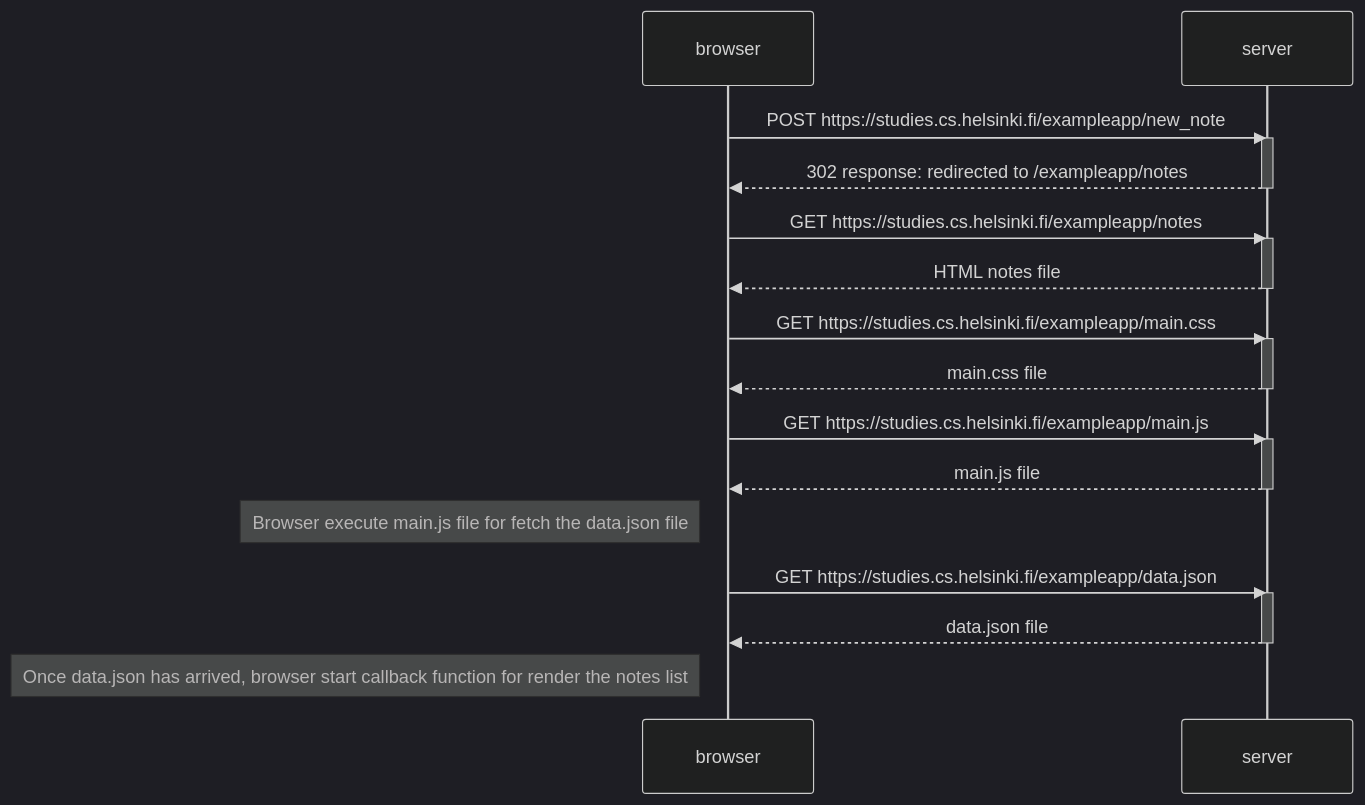
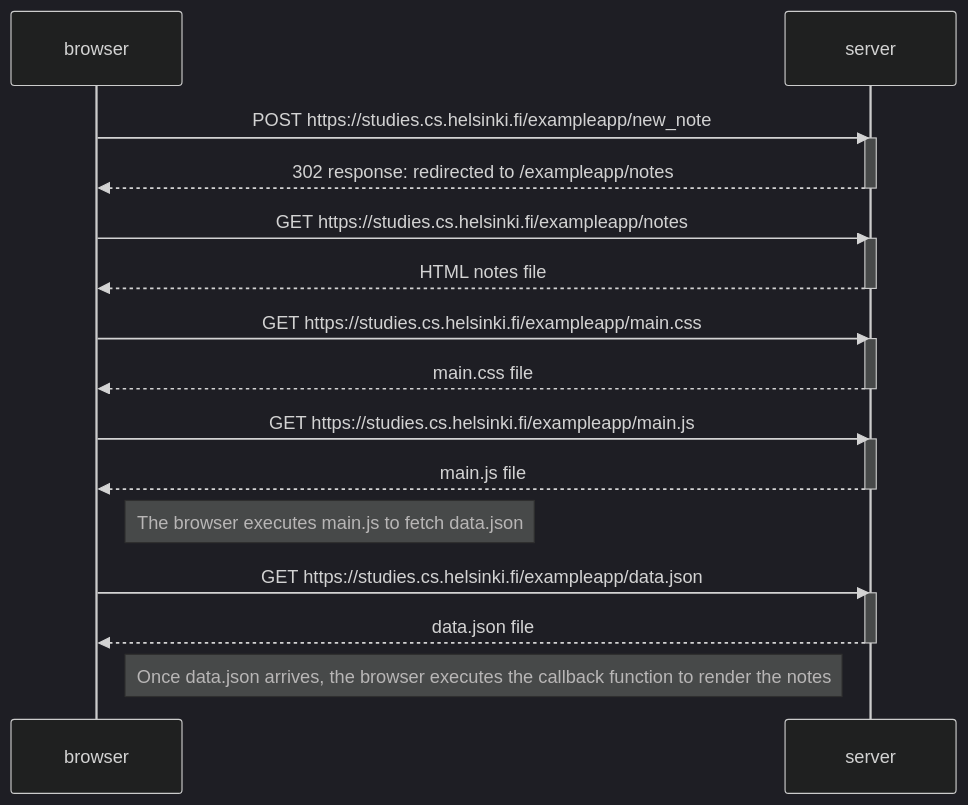
The diagram in Part0/0.4: New note diagram.md (ImVeenz/FullStackOpen---Parts), drawn with Mermaid (dark theme) before and after one commit.

````diff
--- a/Part0/0.4: New note diagram.md
+++ b/Part0/0.4: New note diagram.md
@@ -1,36 +1,36 @@
 ```mermaid
     sequenceDiagram
     participant browser
     participant server
 
     browser->>server: POST https://studies.cs.helsinki.fi/exampleapp/new_note
 
     activate server
     server-->>browser: 302 response: redirected to /exampleapp/notes
     deactivate server
 
     browser->>server: GET https://studies.cs.helsinki.fi/exampleapp/notes
     activate server
     server-->>browser: HTML notes file
     deactivate server
 
     browser->>server: GET https://studies.cs.helsinki.fi/exampleapp/main.css
     activate server
     server-->>browser: main.css file
     deactivate server
 
     browser->>server: GET https://studies.cs.helsinki.fi/exampleapp/main.js
     activate server
     server-->>browser: main.js file
     deactivate server
 
-    Note left of browser: Browser execute main.js file for fetch the data.json file
+    Note right of browser: The browser executes main.js to fetch data.json
 
     browser->>server: GET https://studies.cs.helsinki.fi/exampleapp/data.json
     activate server
     server-->>browser: data.json file
     deactivate server
 
-    Note left of browser: Once data.json has arrived, browser start callback function for render the notes list
+    Note right of browser: Once data.json arrives, the browser executes the callback function to render the notes
 
 ```
````
